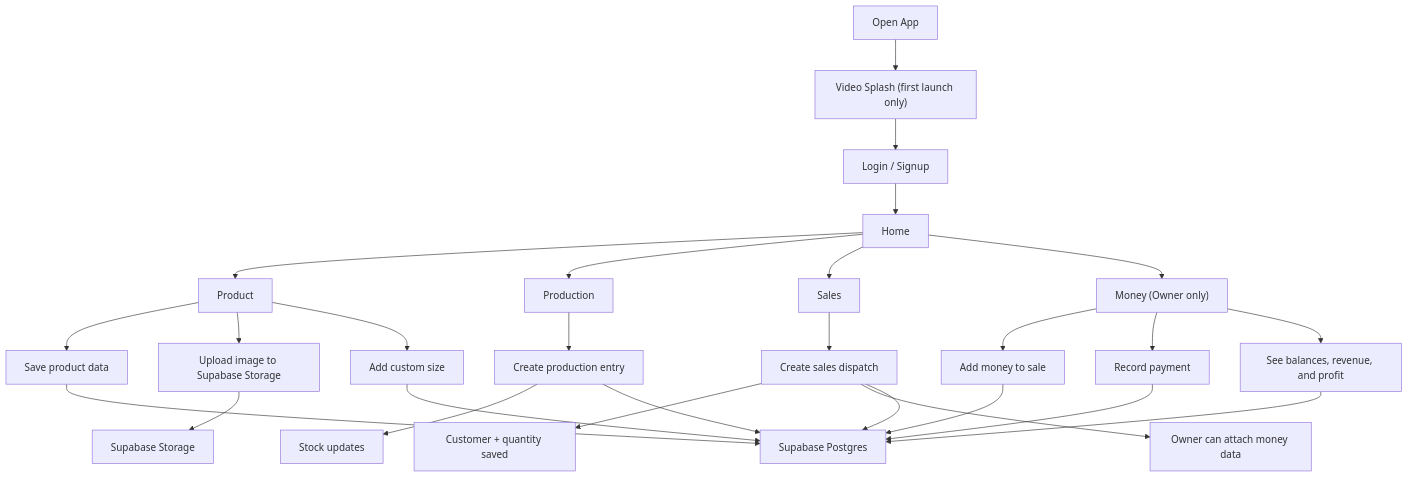
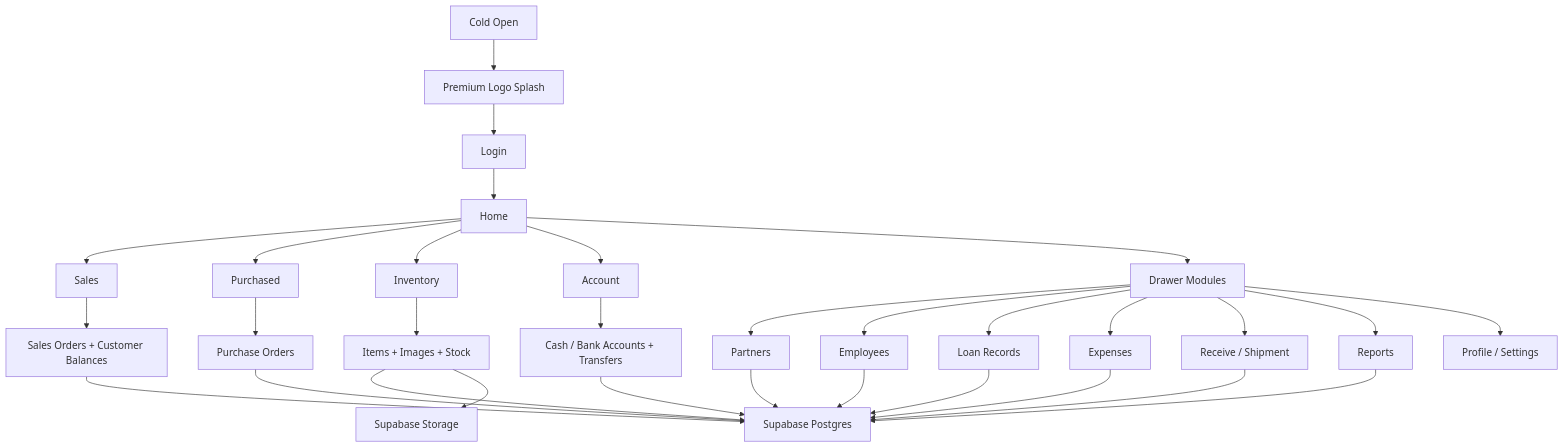
One commit to black12-ag/Tracker changed the diagram in README.md. Above: the diagram before and after it, drawn with Mermaid. The commit also changed other lines of this file and 89 other files, not shown here.

Commit message:
Update Tracker app, splash, and release docs

````diff
--- a/README.md
+++ b/README.md
@@ -59,35 +61,37 @@
 ```mermaid
 flowchart TD
-    A["Open App"] --> B["Video Splash (first launch only)"]
-    B --> C["Login / Signup"]
+    A["Cold Open"] --> B["Premium Logo Splash"]
+    B --> C["Login"]
     C --> D["Home"]
 
-    D --> E["Product"]
-    D --> F["Production"]
-    D --> G["Sales"]
-    D --> H["Money (Owner only)"]
+    D --> E["Sales"]
+    D --> F["Purchased"]
+    D --> G["Inventory"]
+    D --> H["Account"]
+    D --> I["Drawer Modules"]
 
-    E --> I["Save product data"]
-    E --> J["Upload image to Supabase Storage"]
-    E --> K["Add custom size"]
+    I --> J["Partners"]
+    I --> K["Employees"]
+    I --> L["Loan Records"]
+    I --> M["Expenses"]
+    I --> N["Receive / Shipment"]
+    I --> O["Reports"]
+    I --> P["Profile / Settings"]
 
-    F --> L["Create production entry"]
-    L --> M["Stock updates"]
+    E --> Q["Sales Orders + Customer Balances"]
+    F --> R["Purchase Orders"]
+    G --> S["Items + Images + Stock"]
+    H --> T["Cash / Bank Accounts + Transfers"]
 
-    G --> N["Create sales dispatch"]
-    N --> O["Customer + quantity saved"]
-    N --> P["Owner can attach money data"]
-
-    H --> Q["Add money to sale"]
-    H --> R["Record payment"]
-    H --> S["See balances, revenue, and profit"]
-
-    I --> T["Supabase Postgres"]
-    J --> U["Supabase Storage"]
-    K --> T
-    L --> T
-    N --> T
-    Q --> T
-    R --> T
-    S --> T
+    Q --> U["Supabase Postgres"]
+    R --> U
+    S --> U
+    T --> U
+    J --> U
+    K --> U
+    L --> U
+    M --> U
+    N --> U
+    O --> U
+    S --> V["Supabase Storage"]
 ```
````
